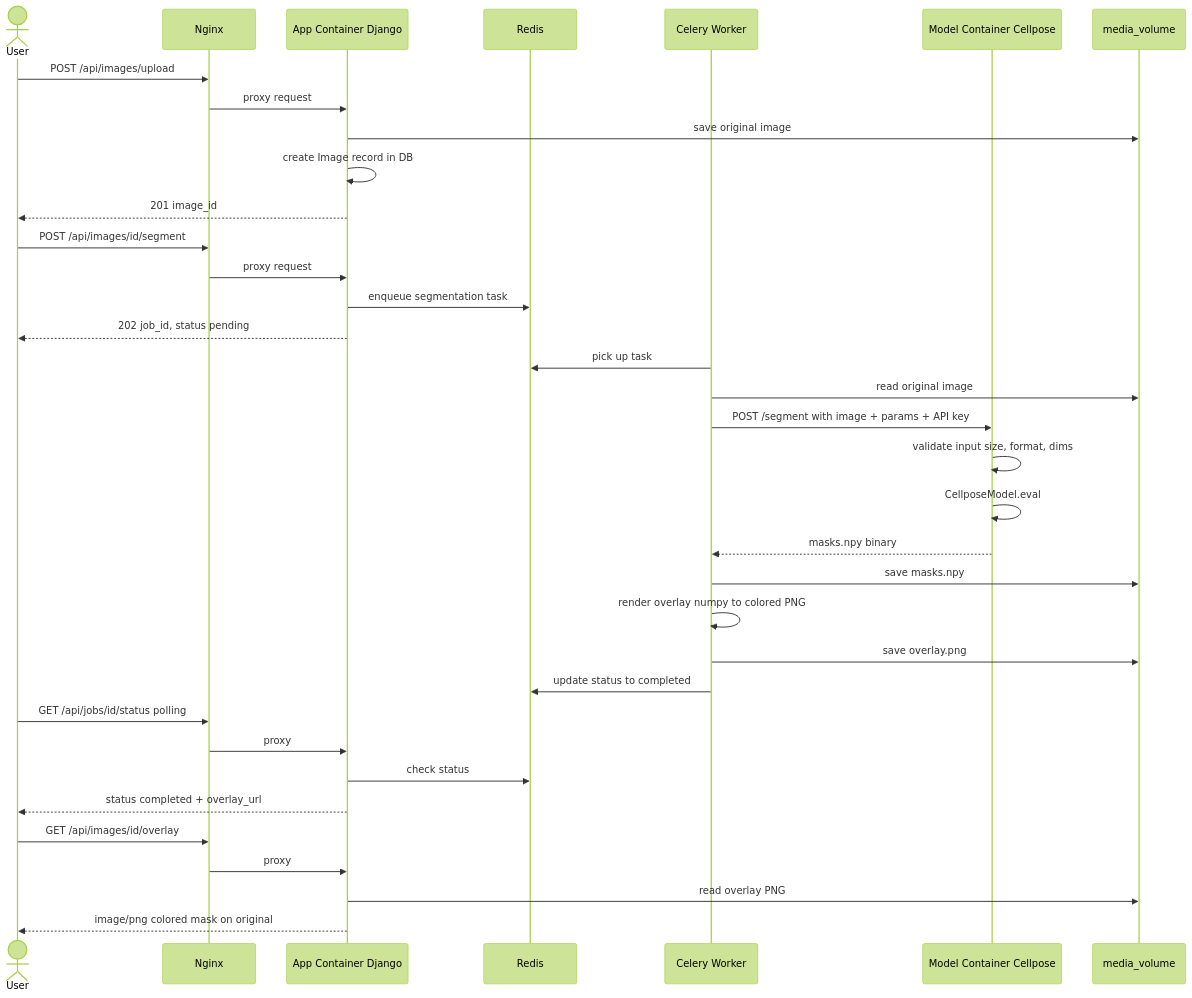
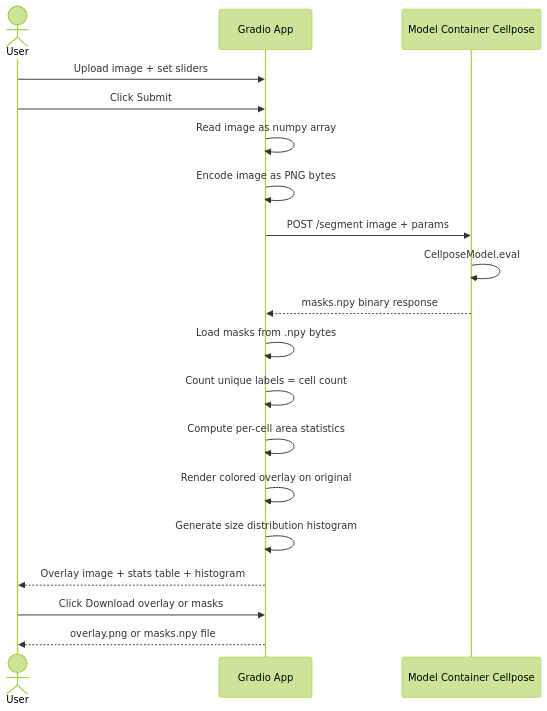
Before and after one commit to samo1279/cell_segmentation_platfoarm: the second of 2 diagrams in improved_system_design.md, drawn with Mermaid (forest theme). The commit also changed other lines of this file, not shown here.

````diff
--- a/improved_system_design.md
+++ b/improved_system_design.md
@@ -126,43 +84,25 @@
 ```mermaid
 sequenceDiagram
     actor User
-    participant Nginx
-    participant App as App Container Django
-    participant Redis
-    participant Worker as Celery Worker
+    participant Gradio as Gradio App
     participant Model as Model Container Cellpose
-    participant Disk as media_volume
 
-    User->>Nginx: POST /api/images/upload
-    Nginx->>App: proxy request
-    App->>Disk: save original image
-    App->>App: create Image record in DB
-    App-->>User: 201 image_id
+    User->>Gradio: Upload image + set sliders
+    User->>Gradio: Click Submit
 
-    User->>Nginx: POST /api/images/id/segment
-    Nginx->>App: proxy request
-    App->>Redis: enqueue segmentation task
-    App-->>User: 202 job_id, status pending
+    Gradio->>Gradio: Read image as numpy array
+    Gradio->>Gradio: Encode image as PNG bytes
+    Gradio->>Model: POST /segment image + params
+    Model->>Model: CellposeModel.eval
+    Model-->>Gradio: masks.npy binary response
 
-    Worker->>Redis: pick up task
-    Worker->>Disk: read original image
-    Worker->>Model: POST /segment with image + params + API key
-    Model->>Model: validate input size, format, dims
-    Model->>Model: CellposeModel.eval
-    Model-->>Worker: masks.npy binary
+    Gradio->>Gradio: Load masks from .npy bytes
+    Gradio->>Gradio: Count unique labels = cell count
+    Gradio->>Gradio: Compute per-cell area statistics
+    Gradio->>Gradio: Render colored overlay on original
+    Gradio->>Gradio: Generate size distribution histogram
 
-    Worker->>Disk: save masks.npy
-    Worker->>Worker: render overlay numpy to colored PNG
-    Worker->>Disk: save overlay.png
-    Worker->>Redis: update status to completed
-
-    User->>Nginx: GET /api/jobs/id/status polling
-    Nginx->>App: proxy
-    App->>Redis: check status
-    App-->>User: status completed + overlay_url
-
-    User->>Nginx: GET /api/images/id/overlay
-    Nginx->>App: proxy
-    App->>Disk: read overlay PNG
-    App-->>User: image/png colored mask on original
+    Gradio-->>User: Overlay image + stats table + histogram
+    User->>Gradio: Click Download overlay or masks
+    Gradio-->>User: overlay.png or masks.npy file
 ```
````
